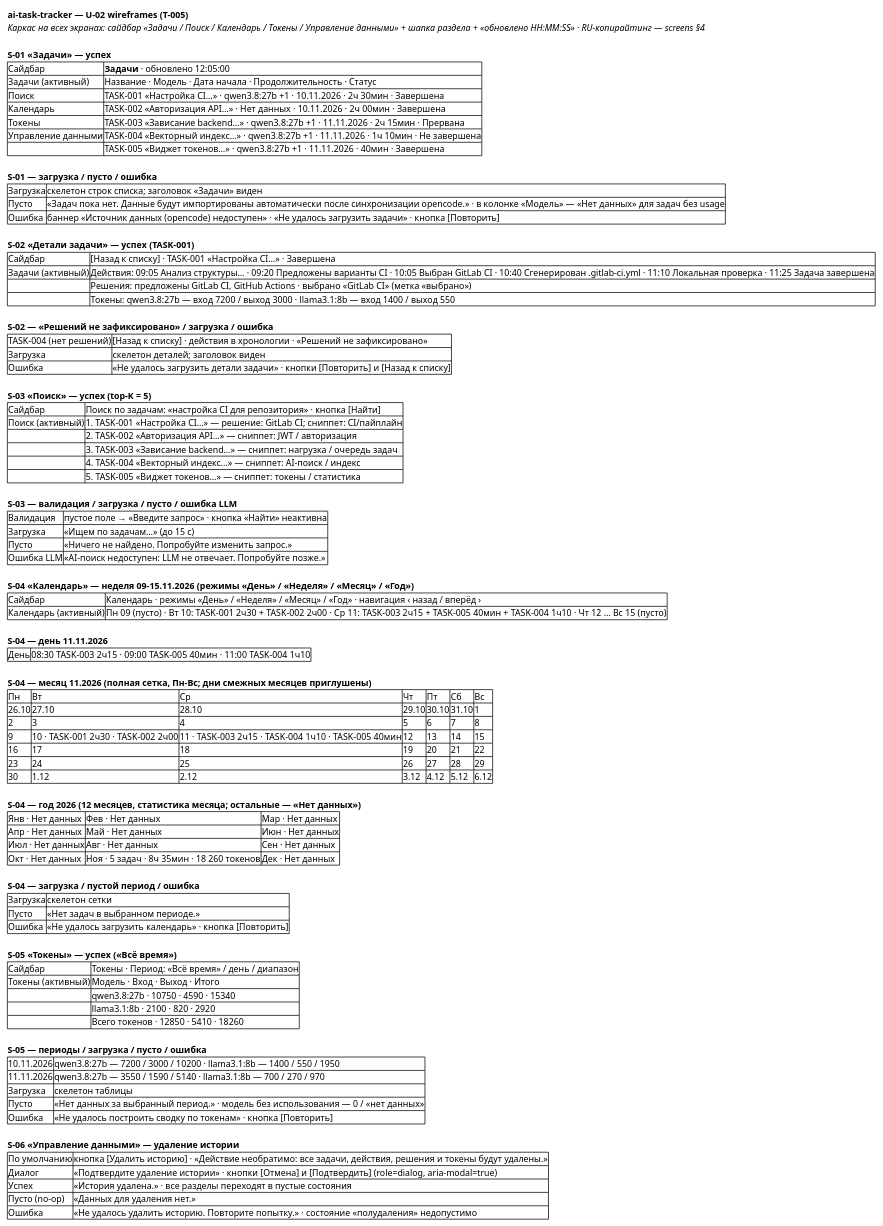
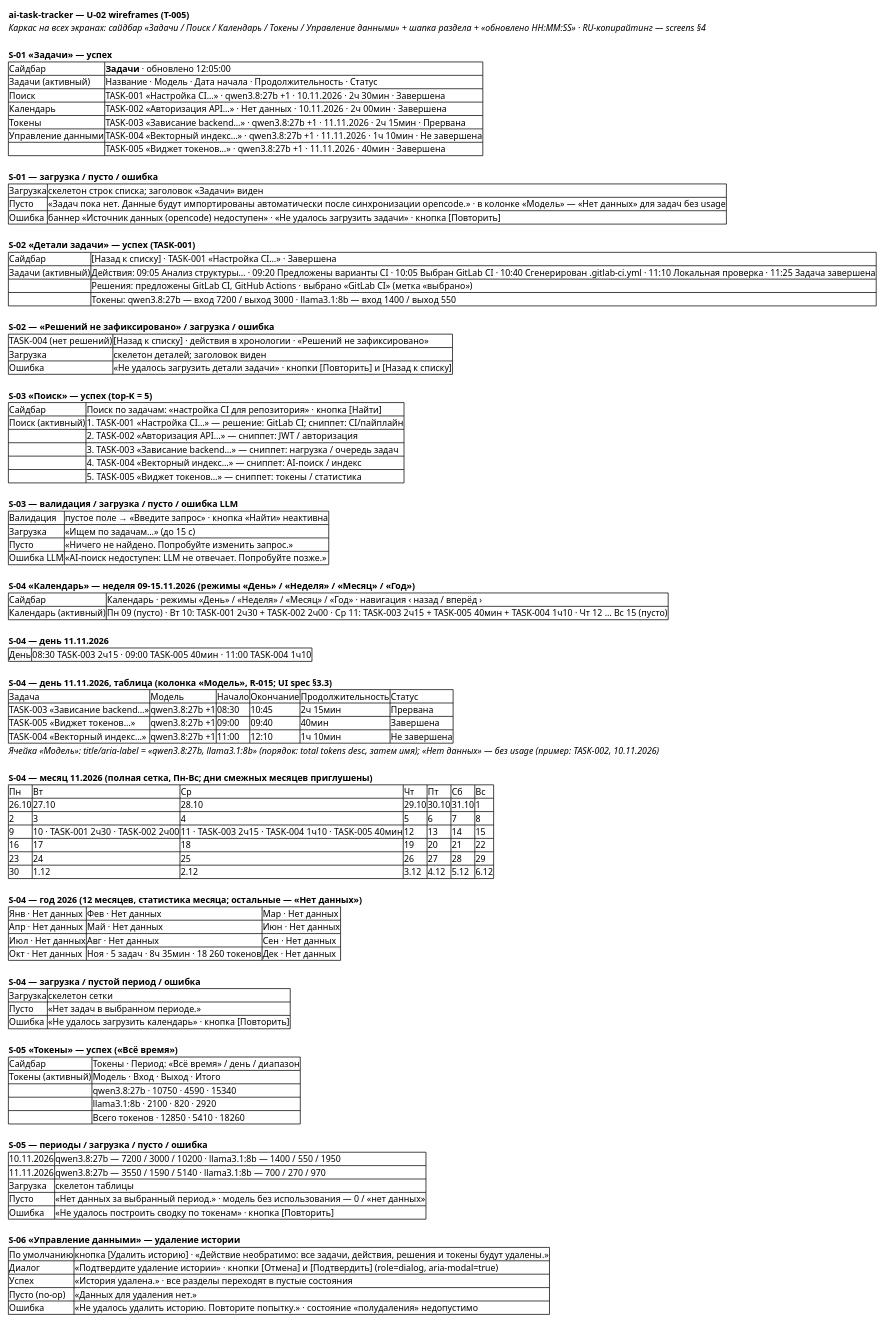
Before and after one commit to serge-sasov/ai-task-tracker: the diagram in docs/ux/wireframes-ai-task-tracker.puml, drawn with PlantUML. The commit also changed 11 other files, not shown here.

```diff
--- a/docs/ux/wireframes-ai-task-tracker.puml
+++ b/docs/ux/wireframes-ai-task-tracker.puml
@@ -1,125 +1,134 @@
 @startsalt
 ' Wireframes: ai-task-tracker (T-005, T-021, U-02)
 ' Экраны S-01..S-06 + состояния, влияющие на layout: загрузка / пусто / успех / ошибка
 ' RU-копирайтинг: docs/ux/screens-ai-task-tracker.md §4 (канонические тексты)
 ' Общий каркас: левый сайдбар (5 пунктов) + шапка раздела + «обновлено HH:MM:SS»
 {
   <b>ai-task-tracker — U-02 wireframes (T-005)</b>
   <i>Каркас на всех экранах: сайдбар «Задачи / Поиск / Календарь / Токены / Управление данными» + шапка раздела + «обновлено HH:MM:SS» · RU-копирайтинг — screens §4</i>
   .
   <b>S-01 «Задачи» — успех</b>
   {#
     Сайдбар | <b>Задачи</b> · обновлено 12:05:00
     Задачи (активный) | Название · Модель · Дата начала · Продолжительность · Статус
     Поиск | TASK-001 «Настройка CI…» · qwen3.8:27b +1 · 10.11.2026 · 2ч 30мин · Завершена
     Календарь | TASK-002 «Авторизация API…» · Нет данных · 10.11.2026 · 2ч 00мин · Завершена
     Токены | TASK-003 «Зависание backend…» · qwen3.8:27b +1 · 11.11.2026 · 2ч 15мин · Прервана
     Управление данными | TASK-004 «Векторный индекс…» · qwen3.8:27b +1 · 11.11.2026 · 1ч 10мин · Не завершена
     . | TASK-005 «Виджет токенов…» · qwen3.8:27b +1 · 11.11.2026 · 40мин · Завершена
   }
   .
   <b>S-01 — загрузка / пусто / ошибка</b>
   {#
     Загрузка | скелетон строк списка; заголовок «Задачи» виден
     Пусто | «Задач пока нет. Данные будут импортированы автоматически после синхронизации opencode.» · в колонке «Модель» — «Нет данных» для задач без usage
     Ошибка | баннер «Источник данных (opencode) недоступен» · «Не удалось загрузить задачи» · кнопка [Повторить]
   }
   .
   <b>S-02 «Детали задачи» — успех (TASK-001)</b>
   {#
     Сайдбар | [Назад к списку] · TASK-001 «Настройка CI…» · Завершена
     Задачи (активный) | Действия: 09:05 Анализ структуры… · 09:20 Предложены варианты CI · 10:05 Выбран GitLab CI · 10:40 Сгенерирован .gitlab-ci.yml · 11:10 Локальная проверка · 11:25 Задача завершена
     . | Решения: предложены GitLab CI, GitHub Actions · выбрано «GitLab CI» (метка «выбрано»)
     . | Токены: qwen3.8:27b — вход 7200 / выход 3000 · llama3.1:8b — вход 1400 / выход 550
   }
   .
   <b>S-02 — «Решений не зафиксировано» / загрузка / ошибка</b>
   {#
     TASK-004 (нет решений) | [Назад к списку] · действия в хронологии · «Решений не зафиксировано»
     Загрузка | скелетон деталей; заголовок виден
     Ошибка | «Не удалось загрузить детали задачи» · кнопки [Повторить] и [Назад к списку]
   }
   .
   <b>S-03 «Поиск» — успех (top-K = 5)</b>
   {#
     Сайдбар | Поиск по задачам: «настройка CI для репозитория» · кнопка [Найти]
     Поиск (активный) | 1. TASK-001 «Настройка CI…» — решение: GitLab CI; сниппет: CI/пайплайн
     . | 2. TASK-002 «Авторизация API…» — сниппет: JWT / авторизация
     . | 3. TASK-003 «Зависание backend…» — сниппет: нагрузка / очередь задач
     . | 4. TASK-004 «Векторный индекс…» — сниппет: AI-поиск / индекс
     . | 5. TASK-005 «Виджет токенов…» — сниппет: токены / статистика
   }
   .
   <b>S-03 — валидация / загрузка / пусто / ошибка LLM</b>
   {#
     Валидация | пустое поле → «Введите запрос» · кнопка «Найти» неактивна
     Загрузка | «Ищем по задачам…» (до 15 с)
     Пусто | «Ничего не найдено. Попробуйте изменить запрос.»
     Ошибка LLM | «AI-поиск недоступен: LLM не отвечает. Попробуйте позже.»
   }
   .
   <b>S-04 «Календарь» — неделя 09–15.11.2026 (режимы «День» / «Неделя» / «Месяц» / «Год»)</b>
   {#
     Сайдбар | Календарь · режимы «День» / «Неделя» / «Месяц» / «Год» · навигация ‹ назад / вперёд ›
     Календарь (активный) | Пн 09 (пусто) · Вт 10: TASK-001 2ч30 + TASK-002 2ч00 · Ср 11: TASK-003 2ч15 + TASK-005 40мин + TASK-004 1ч10 · Чт 12 … Вс 15 (пусто)
   }
   .
   <b>S-04 — день 11.11.2026</b>
   {#
     День | 08:30 TASK-003 2ч15 · 09:00 TASK-005 40мин · 11:00 TASK-004 1ч10
   }
   .
+  <b>S-04 — день 11.11.2026, таблица (колонка «Модель», R-015; UI spec §3.3)</b>
+  {#
+    Задача | Модель | Начало | Окончание | Продолжительность | Статус
+    TASK-003 «Зависание backend…» | qwen3.8:27b +1 | 08:30 | 10:45 | 2ч 15мин | Прервана
+    TASK-005 «Виджет токенов…» | qwen3.8:27b +1 | 09:00 | 09:40 | 40мин | Завершена
+    TASK-004 «Векторный индекс…» | qwen3.8:27b +1 | 11:00 | 12:10 | 1ч 10мин | Не завершена
+  }
+  <i>Ячейка «Модель»: title/aria-label = «qwen3.8:27b, llama3.1:8b» (порядок: total tokens desc, затем имя); «Нет данных» — без usage (пример: TASK-002, 10.11.2026)</i>
+  .
   <b>S-04 — месяц 11.2026 (полная сетка, Пн–Вс; дни смежных месяцев приглушены)</b>
   {#
     Пн | Вт | Ср | Чт | Пт | Сб | Вс
     26.10 | 27.10 | 28.10 | 29.10 | 30.10 | 31.10 | 1
     2 | 3 | 4 | 5 | 6 | 7 | 8
     9 | 10 · TASK-001 2ч30 · TASK-002 2ч00 | 11 · TASK-003 2ч15 · TASK-004 1ч10 · TASK-005 40мин | 12 | 13 | 14 | 15
     16 | 17 | 18 | 19 | 20 | 21 | 22
     23 | 24 | 25 | 26 | 27 | 28 | 29
     30 | 1.12 | 2.12 | 3.12 | 4.12 | 5.12 | 6.12
   }
   .
   <b>S-04 — год 2026 (12 месяцев, статистика месяца; остальные — «Нет данных»)</b>
   {#
     Янв · Нет данных | Фев · Нет данных | Мар · Нет данных
     Апр · Нет данных | Май · Нет данных | Июн · Нет данных
     Июл · Нет данных | Авг · Нет данных | Сен · Нет данных
     Окт · Нет данных | Ноя · 5 задач · 8ч 35мин · 18 260 токенов | Дек · Нет данных
   }
   .
   <b>S-04 — загрузка / пустой период / ошибка</b>
   {#
     Загрузка | скелетон сетки
     Пусто | «Нет задач в выбранном периоде.»
     Ошибка | «Не удалось загрузить календарь» · кнопка [Повторить]
   }
   .
   <b>S-05 «Токены» — успех («Всё время»)</b>
   {#
     Сайдбар | Токены · Период: «Всё время» / день / диапазон
     Токены (активный) | Модель · Вход · Выход · Итого
     . | qwen3.8:27b · 10750 · 4590 · 15340
     . | llama3.1:8b · 2100 · 820 · 2920
     . | Всего токенов · 12850 · 5410 · 18260
   }
   .
   <b>S-05 — периоды / загрузка / пусто / ошибка</b>
   {#
     10.11.2026 | qwen3.8:27b — 7200 / 3000 / 10200 · llama3.1:8b — 1400 / 550 / 1950
     11.11.2026 | qwen3.8:27b — 3550 / 1590 / 5140 · llama3.1:8b — 700 / 270 / 970
     Загрузка | скелетон таблицы
     Пусто | «Нет данных за выбранный период.» · модель без использования — 0 / «нет данных»
     Ошибка | «Не удалось построить сводку по токенам» · кнопка [Повторить]
   }
   .
   <b>S-06 «Управление данными» — удаление истории</b>
   {#
     По умолчанию | кнопка [Удалить историю] · «Действие необратимо: все задачи, действия, решения и токены будут удалены.»
     Диалог | «Подтвердите удаление истории» · кнопки [Отмена] и [Подтвердить] (role=dialog, aria-modal=true)
     Успех | «История удалена.» · все разделы переходят в пустые состояния
     Пусто (no-op) | «Данных для удаления нет.»
     Ошибка | «Не удалось удалить историю. Повторите попытку.» · состояние «полудаления» недопустимо
   }
 }
 @endsalt
```
